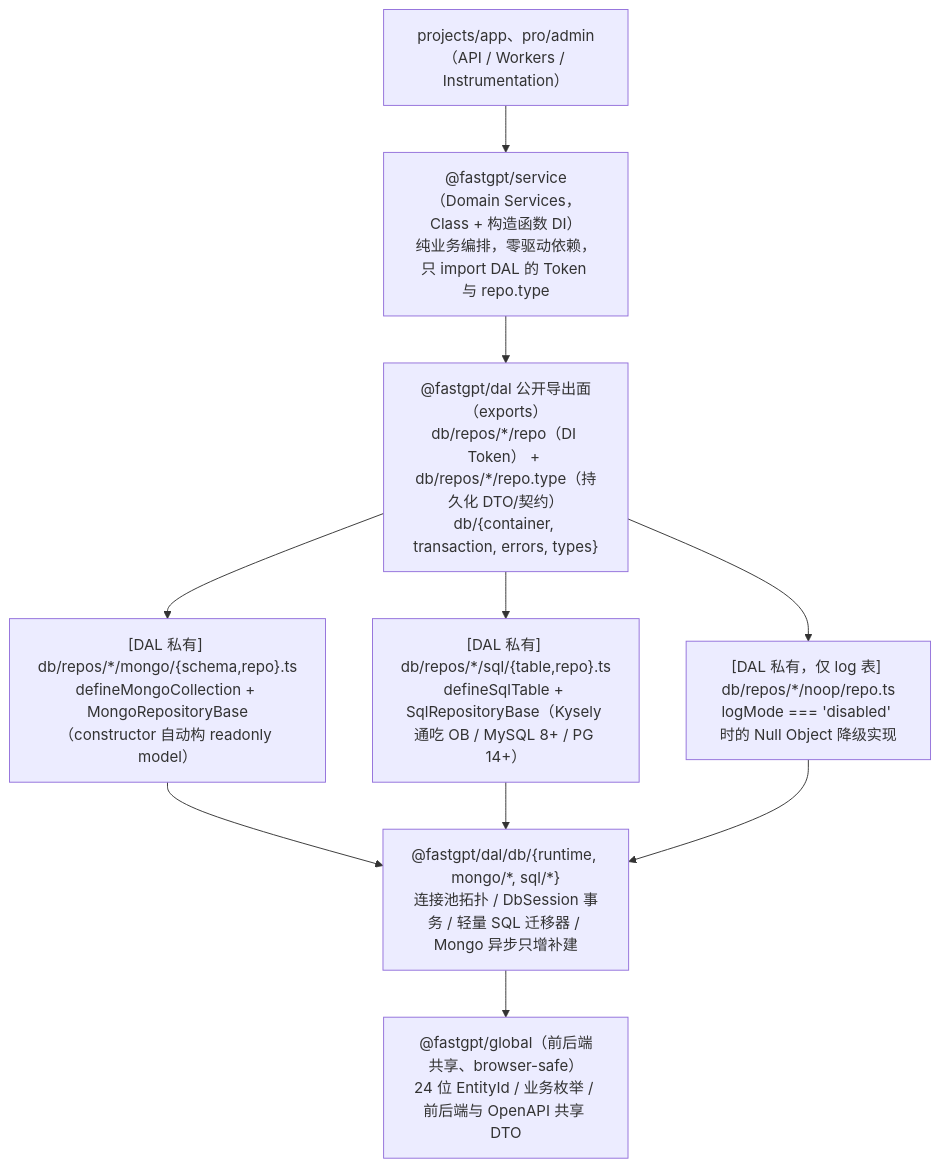
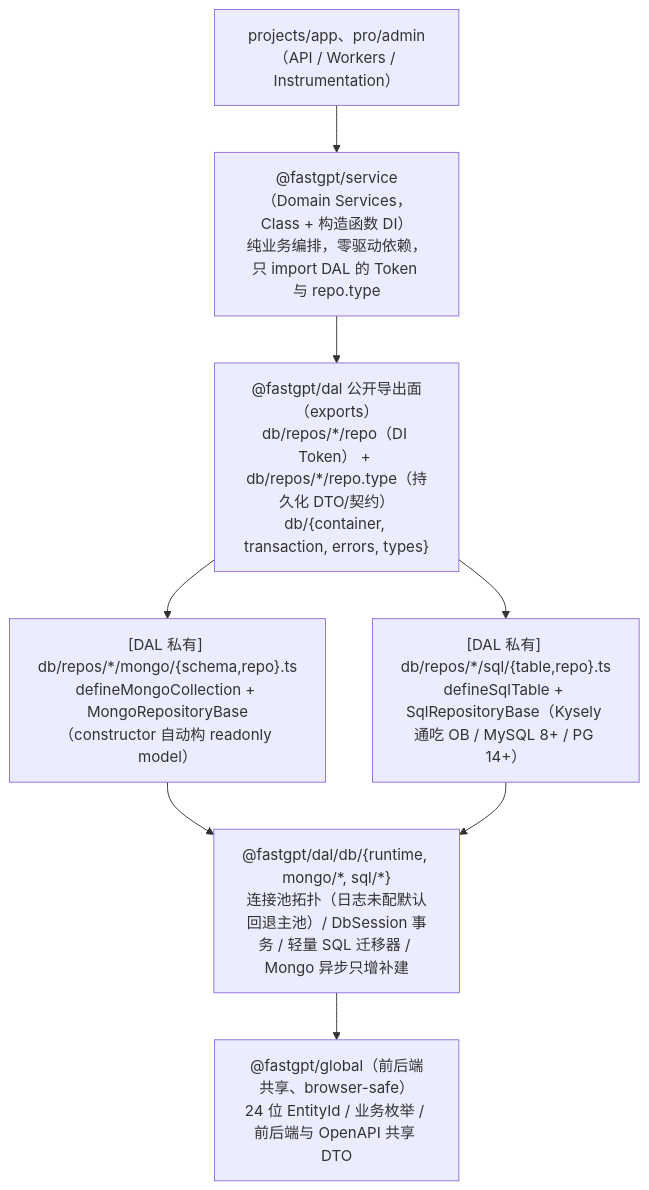
Before and after one commit to labring/FastGPT: the diagram in .agents/design/common/dal/multi-db-repository-architecture.md, drawn with Mermaid. The commit also changed other lines of this file and 22 other files, not shown here.

Commit message:
refactor(dal): simplify log datasource to two-state shared/separate fallback without noop routing

````diff
--- a/.agents/design/common/dal/multi-db-repository-architecture.md
+++ b/.agents/design/common/dal/multi-db-repository-architecture.md
@@ -50,12 +50,10 @@
 ```mermaid
 flowchart TD
   API["projects/app、pro/admin（API / Workers / Instrumentation）"] --> SVC["@fastgpt/service（Domain Services，Class + 构造函数 DI）<br/>纯业务编排，零驱动依赖，只 import DAL 的 Token 与 repo.type"]
   SVC --> DAL_PUB["@fastgpt/dal 公开导出面（exports）<br/>db/repos/*/repo（DI Token） + db/repos/*/repo.type（持久化 DTO/契约）<br/>db/{container, transaction, errors, types}"]
   DAL_PUB --> MONGO_IMPL["[DAL 私有] db/repos/*/mongo/{schema,repo}.ts<br/>defineMongoCollection + MongoRepositoryBase（constructor 自动构 readonly model）"]
   DAL_PUB --> SQL_IMPL["[DAL 私有] db/repos/*/sql/{table,repo}.ts<br/>defineSqlTable + SqlRepositoryBase（Kysely 通吃 OB / MySQL 8+ / PG 14+）"]
-  DAL_PUB --> NOOP_IMPL["[DAL 私有，仅 log 表] db/repos/*/noop/repo.ts<br/>logMode === 'disabled' 时的 Null Object 降级实现"]
-  MONGO_IMPL --> DAL_CORE["@fastgpt/dal/db/{runtime, mongo/*, sql/*}<br/>连接池拓扑 / DbSession 事务 / 轻量 SQL 迁移器 / Mongo 异步只增补建"]
+  MONGO_IMPL --> DAL_CORE["@fastgpt/dal/db/{runtime, mongo/*, sql/*}<br/>连接池拓扑（日志未配默认回退主池）/ DbSession 事务 / 轻量 SQL 迁移器 / Mongo 异步只增补建"]
   SQL_IMPL --> DAL_CORE
-  NOOP_IMPL --> DAL_CORE
   DAL_CORE --> GLOBAL["@fastgpt/global（前后端共享、browser-safe）<br/>24 位 EntityId / 业务枚举 / 前后端与 OpenAPI 共享 DTO"]
 ```
````
